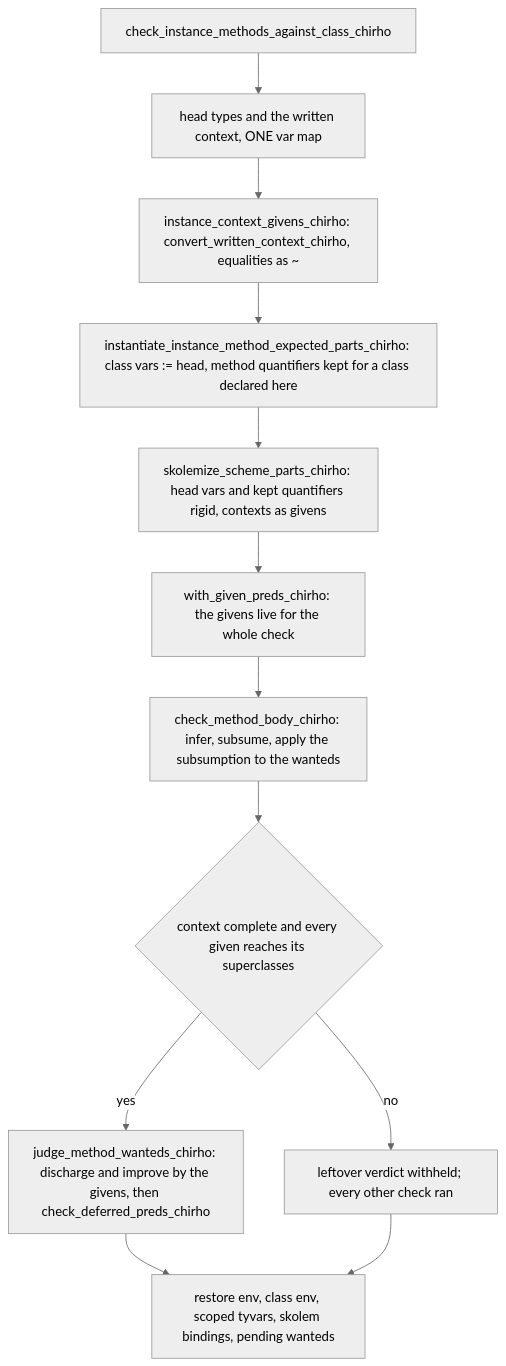
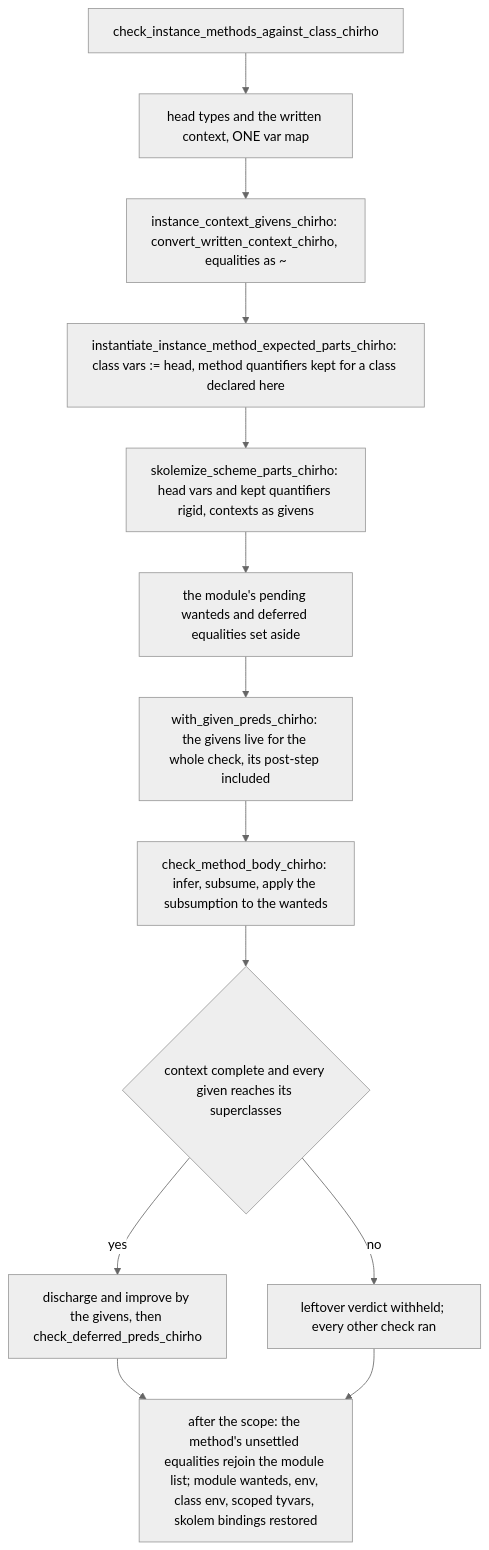
The second of 2 diagrams in spec-chirho/workflows-chirho/language-features-chirho/instance-obligations-chirho.md (loveJesus/haskelujah-chirho), drawn with Mermaid (neutral theme) before and after one commit. The commit also changed other lines of this file and 3 other files, not shown here.

First line of the commit message:
fix(typing): a method's private givens never see the module's pending obligations

````diff
--- a/spec-chirho/workflows-chirho/language-features-chirho/instance-obligations-chirho.md
+++ b/spec-chirho/workflows-chirho/language-features-chirho/instance-obligations-chirho.md
@@ -24,14 +24,15 @@
 ```mermaid
 flowchart TD
     inst_chirho[check_instance_methods_against_class_chirho] --> head_chirho[head types and the written context, ONE var map]
     head_chirho --> ctx_chirho[instance_context_givens_chirho: convert_written_context_chirho, equalities as ~]
     ctx_chirho --> parts_chirho[instantiate_instance_method_expected_parts_chirho: class vars := head, method quantifiers kept for a class declared here]
     parts_chirho --> skolem_chirho[skolemize_scheme_parts_chirho: head vars and kept quantifiers rigid, contexts as givens]
-    skolem_chirho --> live_chirho[with_given_preds_chirho: the givens live for the whole check]
+    skolem_chirho --> aside_chirho[the module's pending wanteds and deferred equalities set aside]
+    aside_chirho --> live_chirho[with_given_preds_chirho: the givens live for the whole check, its post-step included]
     live_chirho --> body_chirho[check_method_body_chirho: infer, subsume, apply the subsumption to the wanteds]
     body_chirho --> judged_chirho{context complete and every given reaches its superclasses}
-    judged_chirho -- yes --> judge_chirho[judge_method_wanteds_chirho: discharge and improve by the givens, then check_deferred_preds_chirho]
+    judged_chirho -- yes --> judge_chirho[discharge and improve by the givens, then check_deferred_preds_chirho]
     judged_chirho -- no --> withheld_chirho[leftover verdict withheld; every other check ran]
-    judge_chirho --> restore_chirho[restore env, class env, scoped tyvars, skolem bindings, pending wanteds]
+    judge_chirho --> restore_chirho[after the scope: the method's unsettled equalities rejoin the module list; module wanteds, env, class env, scoped tyvars, skolem bindings restored]
     withheld_chirho --> restore_chirho
 ```
````
